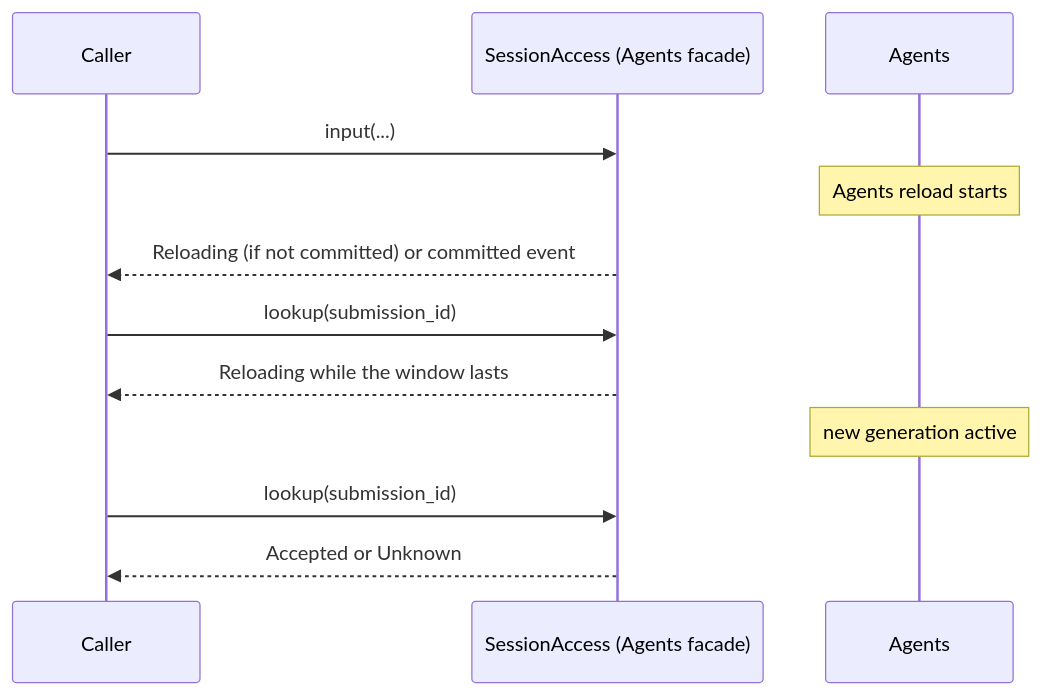
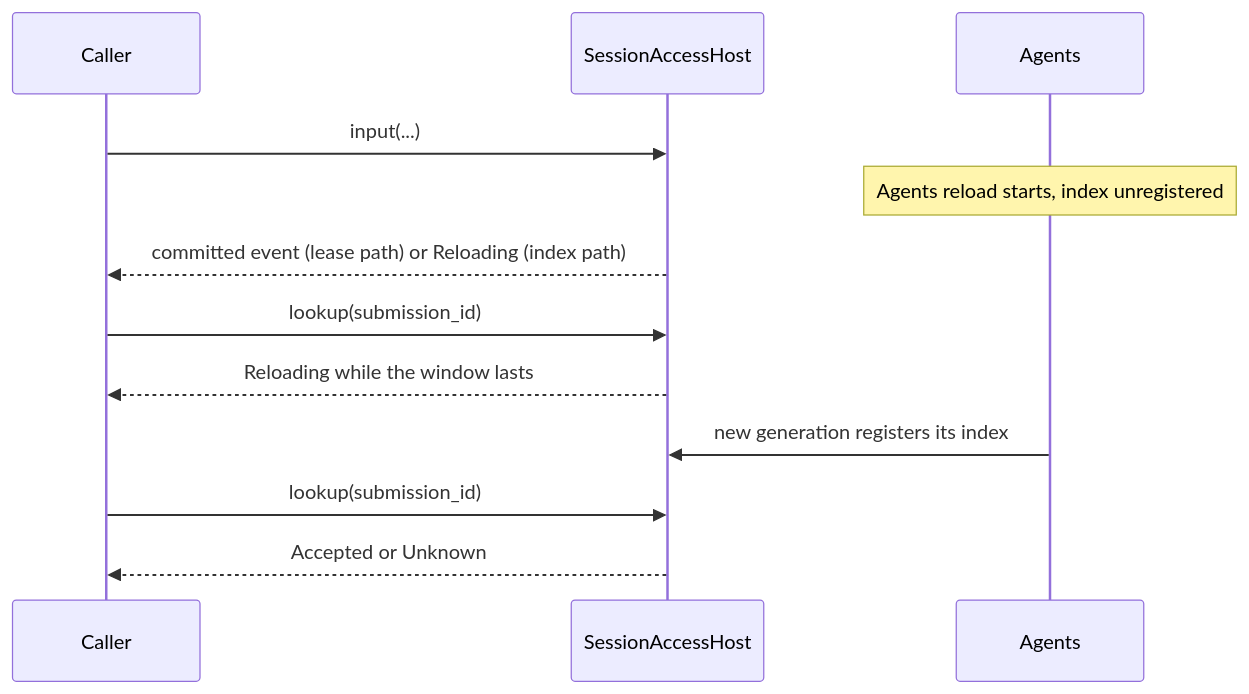
Before and after one commit to CoutinhoTTS/dim-agent: the sixth of 6 diagrams in docs/design/contracts/session-access.md, drawn with Mermaid. The commit also changed other lines of this file and 4 other files, not shown here.

````diff
--- a/docs/design/contracts/session-access.md
+++ b/docs/design/contracts/session-access.md
@@ -151,14 +157,14 @@
 ```mermaid
 sequenceDiagram
   participant C as Caller
-  participant SA as SessionAccess (Agents facade)
+  participant SA as SessionAccessHost
   participant A as Agents
   C->>SA: input(...)
-  Note over A: Agents reload starts
-  SA-->>C: Reloading (if not committed) or committed event
+  Note over A: Agents reload starts, index unregistered
+  SA-->>C: committed event (lease path) or Reloading (index path)
   C->>SA: lookup(submission_id)
   SA-->>C: Reloading while the window lasts
-  Note over A: new generation active
+  A->>SA: new generation registers its index
   C->>SA: lookup(submission_id)
   SA-->>C: Accepted or Unknown
 ```
````
